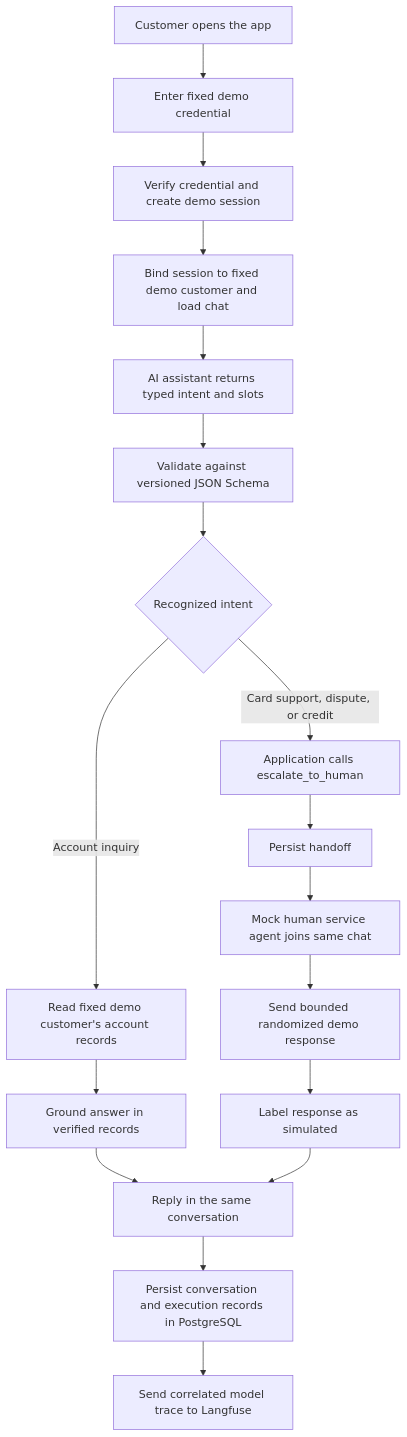
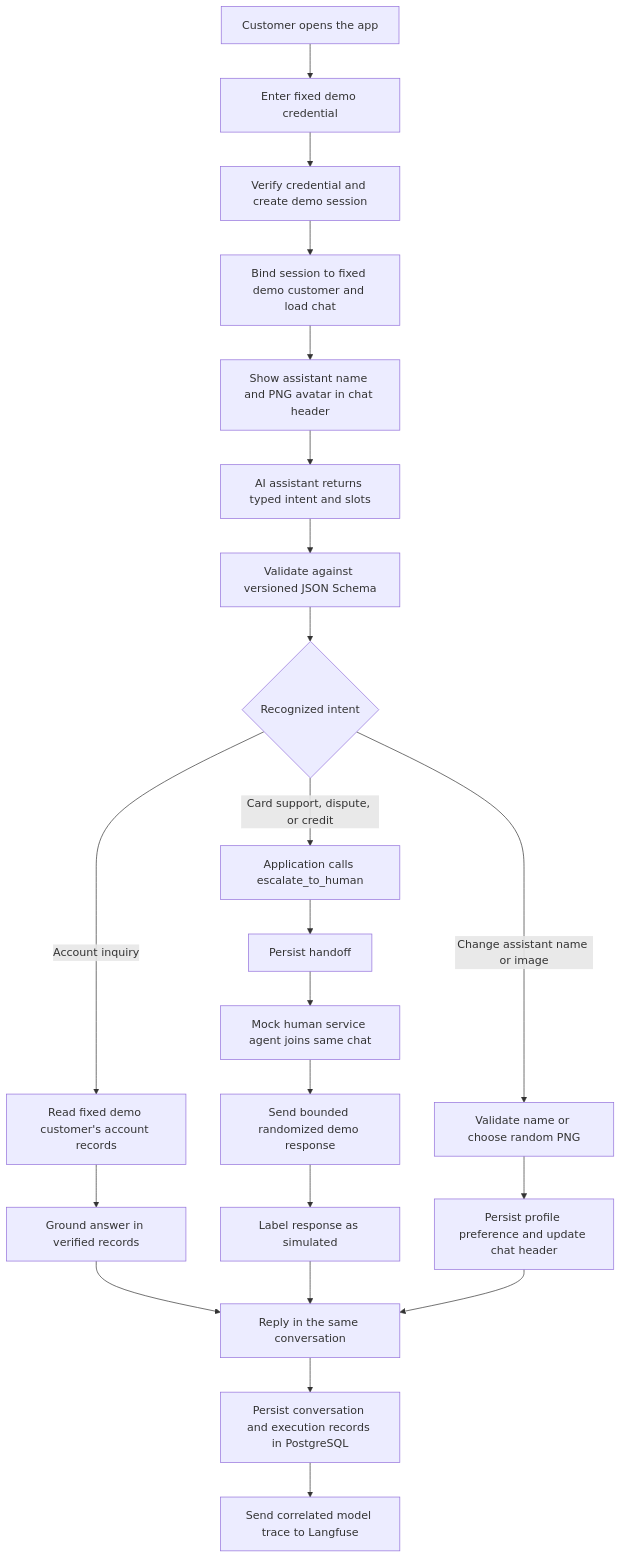
The first of 2 diagrams in docs/adr/0025-tuesday-account-inquiry-mvp-and-observability.md (Youngermaster/factored-hackathon-2026-la-brasil-del-70), drawn with Mermaid before and after one commit. The commit also changed other lines of this file and 6 other files, not shown here.

Commit message:
docs: include assistant profile in Tuesday MVP

````diff
--- a/docs/adr/0025-tuesday-account-inquiry-mvp-and-observability.md
+++ b/docs/adr/0025-tuesday-account-inquiry-mvp-and-observability.md
@@ -13,20 +13,24 @@
 ```mermaid
 flowchart TD
     C[Customer opens the app] --> LOGIN[Enter fixed demo credential]
     LOGIN --> S[Verify credential and create demo session]
     S --> D[Bind session to fixed demo customer and load chat]
-    D --> A[AI assistant returns typed intent and slots]
+    D --> PROFILE[Show assistant name and PNG avatar in chat header]
+    PROFILE --> A[AI assistant returns typed intent and slots]
     A --> V[Validate against versioned JSON Schema]
     V --> R{Recognized intent}
     R -->|Account inquiry| Q[Read fixed demo customer's account records]
     Q --> G[Ground answer in verified records]
     G --> CHAT[Reply in the same conversation]
     R -->|Card support, dispute, or credit| T[Application calls escalate_to_human]
     T --> H[Persist handoff]
     H --> M[Mock human service agent joins same chat]
     M --> X[Send bounded randomized demo response]
     X --> L[Label response as simulated]
     L --> CHAT
+    R -->|Change assistant name or image| PREF[Validate name or choose random PNG]
+    PREF --> SAVE[Persist profile preference and update chat header]
+    SAVE --> CHAT
     CHAT --> P[Persist conversation and execution records in PostgreSQL]
     P --> O[Send correlated model trace to Langfuse]
 ```
````
